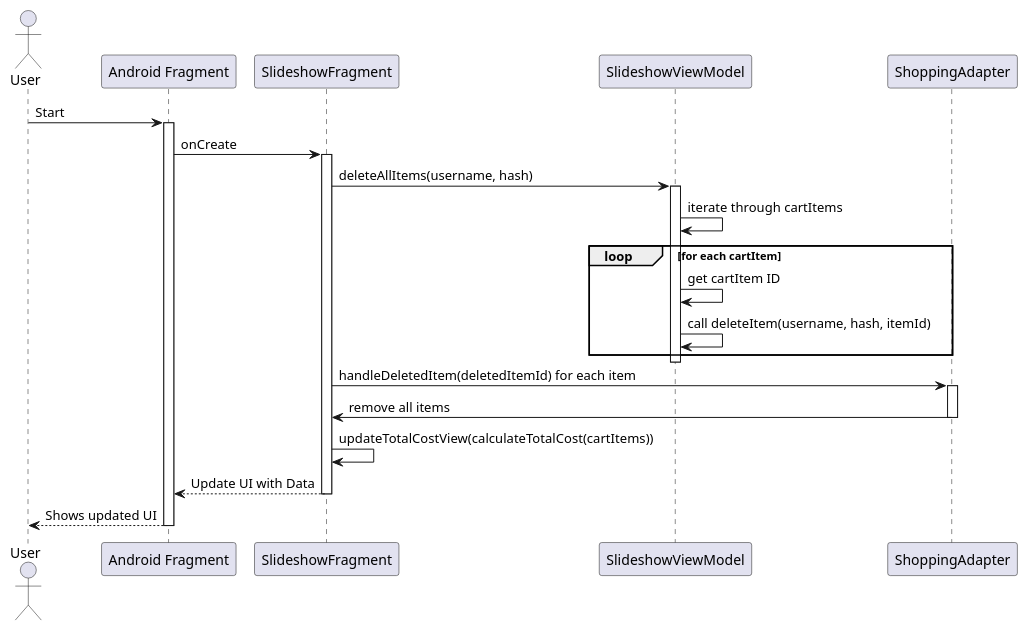
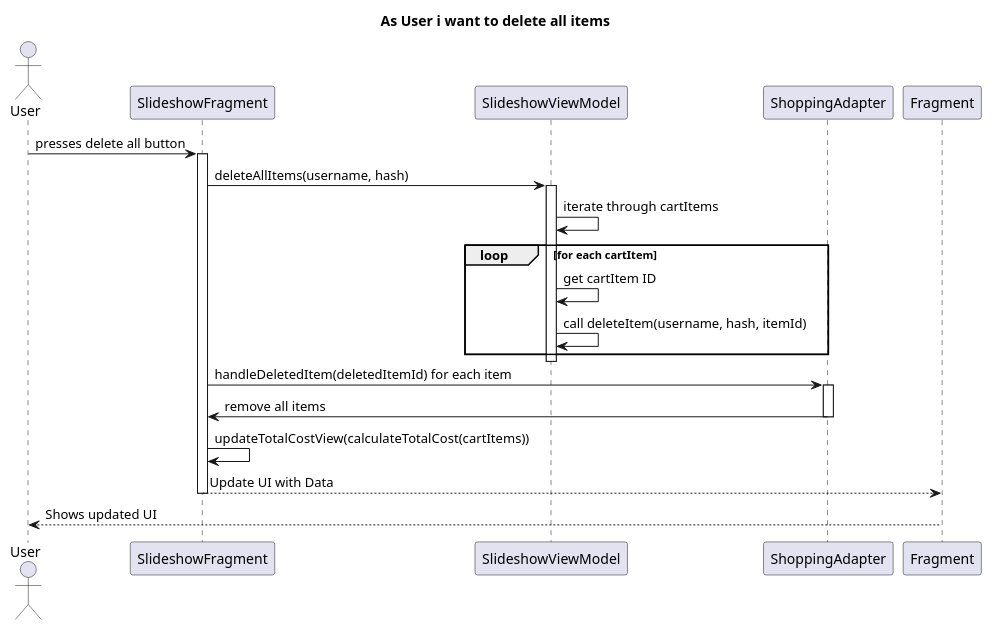
The diagram in Documents/US/US08/SD.puml (IsepMartimOliveira/DSSMV_ProjectDroid_1181754), drawn with PlantUML before and after one commit. The commit also changed 23 other files, not shown here.

```diff
--- a/Documents/US/US08/SD.puml
+++ b/Documents/US/US08/SD.puml
@@ -1,38 +1,36 @@
 @startuml
+title As User i want to delete all items
 actor User as User
-participant "Android Fragment" as Fragment
 participant "SlideshowFragment" as SlideshowFragment
 participant "SlideshowViewModel" as SlideshowViewModel
 participant "ShoppingAdapter" as ShoppingAdapter
 
 
-User -> Fragment: Start
-activate Fragment
 
-Fragment -> SlideshowFragment: onCreate
+User -> SlideshowFragment: presses delete all button
 activate SlideshowFragment
 
 SlideshowFragment -> SlideshowViewModel: deleteAllItems(username, hash)
 activate SlideshowViewModel
 
 SlideshowViewModel -> SlideshowViewModel: iterate through cartItems
 loop for each cartItem
     SlideshowViewModel -> SlideshowViewModel: get cartItem ID
     SlideshowViewModel -> SlideshowViewModel: call deleteItem(username, hash, itemId)
 end loop
 
 deactivate SlideshowViewModel
 
 activate SlideshowFragment
 SlideshowFragment -> ShoppingAdapter: handleDeletedItem(deletedItemId) for each item
 activate ShoppingAdapter
 ShoppingAdapter -> SlideshowFragment: remove all items
 deactivate ShoppingAdapter
 
 SlideshowFragment -> SlideshowFragment: updateTotalCostView(calculateTotalCost(cartItems))
 SlideshowFragment --> Fragment: Update UI with Data
 
 deactivate SlideshowFragment
 Fragment-->User:Shows updated UI
 deactivate Fragment
 @enduml
```
